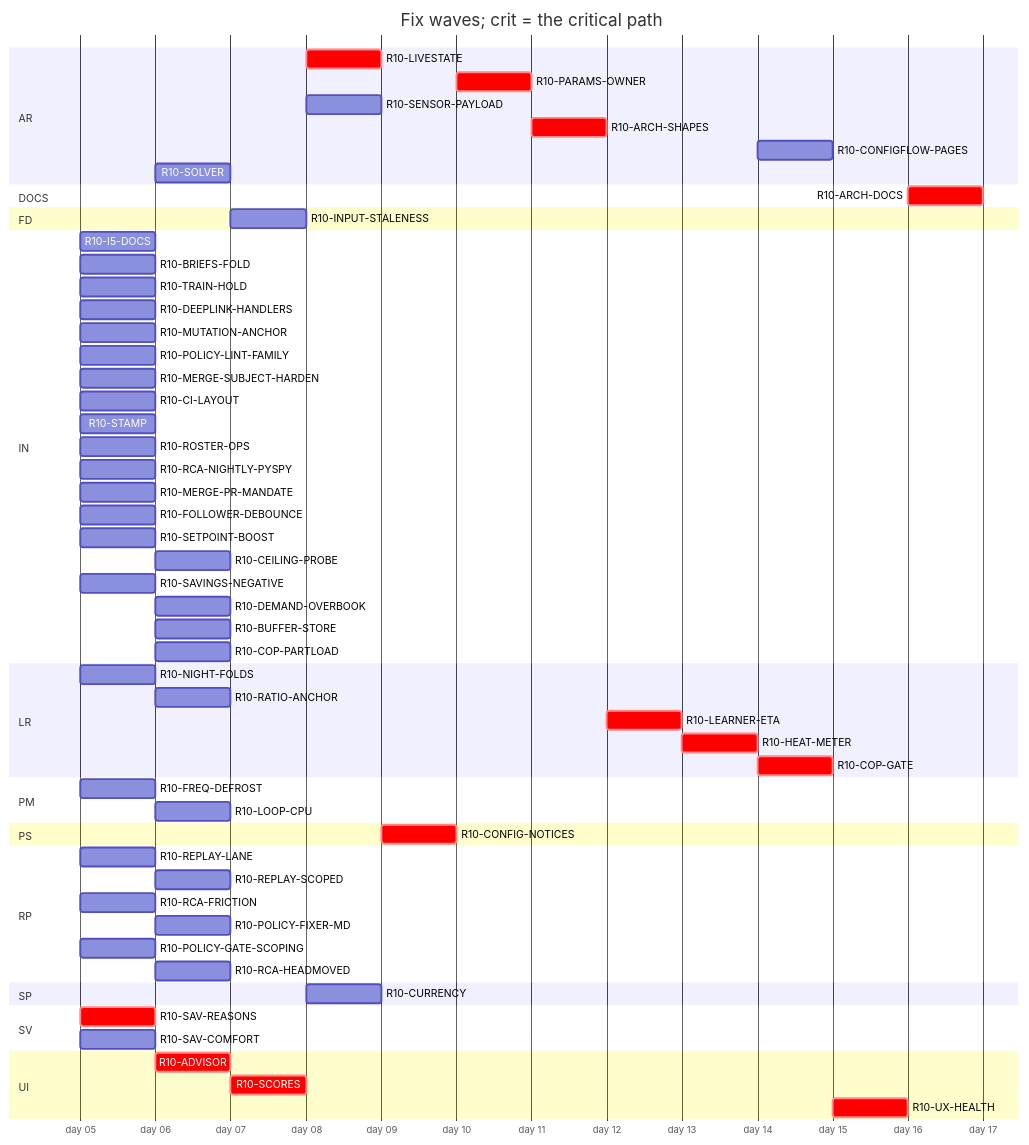
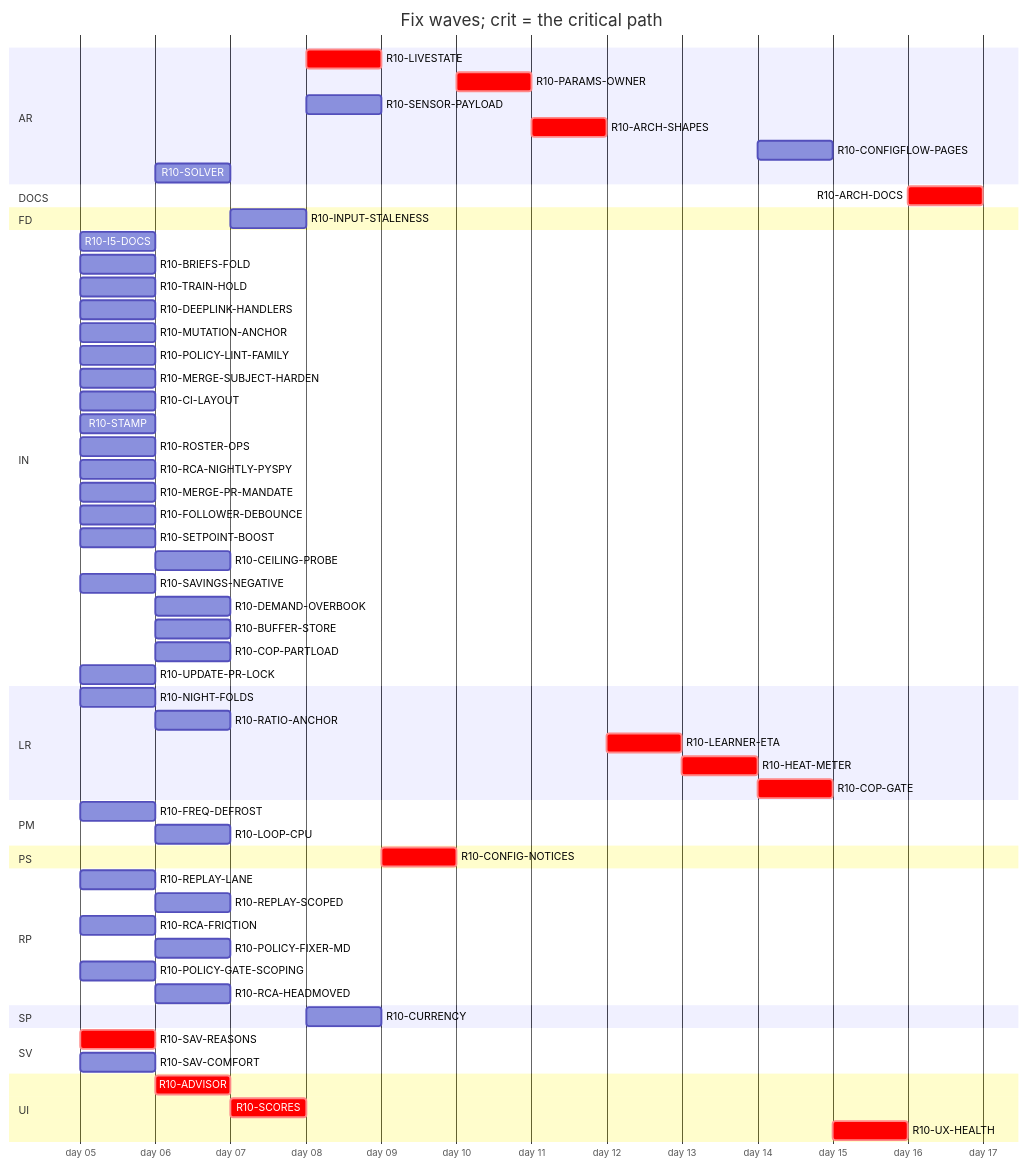
One commit to tvofi/heatpump_optimizer changed the diagram in handoff/round10/state/PLAN-TABLE.md. Above: the diagram before and after it, drawn with Mermaid. The commit also changed other lines of this file and 2 other files, not shown here.

````diff
--- a/handoff/round10/state/PLAN-TABLE.md
+++ b/handoff/round10/state/PLAN-TABLE.md
@@ -24,64 +24,65 @@
 ```mermaid
 gantt
   title Fix waves; crit = the critical path
   dateFormat YYYY-MM-DD
   axisFormat day %d
   section AR
     R10-LIVESTATE :crit, r10LIVESTATE, after r10SCORES, 1d
     R10-PARAMS-OWNER :crit, r10PARAMSOWNER, after r10CONFIGNOTICES, 1d
     R10-SENSOR-PAYLOAD :r10SENSORPAYLOAD, after r10SCORES, 1d
     R10-ARCH-SHAPES :crit, r10ARCHSHAPES, after r10PARAMSOWNER r10SENSORPAYLOAD r10FREQDEFROST, 1d
     R10-CONFIGFLOW-PAGES :r10CONFIGFLOWPAGES, after r10HEATMETER, 1d
     R10-SOLVER :r10SOLVER, after r10SAVREASONS, 1d
   section DOCS
     R10-ARCH-DOCS :crit, r10ARCHDOCS, after r10NIGHTFOLDS r10RATIOANCHOR r10INPUTSTALENESS r10CURRENCY r10FREQDEFROST r10LOOPCPU r10SAVREASONS r10ADVISOR r10SCORES r10LIVESTATE r10CONFIGNOTICES r10PARAMSOWNER r10SENSORPAYLOAD r10ARCHSHAPES r10LEARNERETA r10HEATMETER r10COPGATE r10UXHEALTH r10CONFIGFLOWPAGES r10SOLVER r10I5DOCS r10BRIEFSFOLD r10REPLAYLANE r10REPLAYSCOPED r10TRAINHOLD r10DEEPLINKHANDLERS, 1d
   section FD
     R10-INPUT-STALENESS :r10INPUTSTALENESS, after r10RATIOANCHOR, 1d
   section IN
     R10-I5-DOCS :r10I5DOCS, 2026-01-05, 1d
     R10-BRIEFS-FOLD :r10BRIEFSFOLD, 2026-01-05, 1d
     R10-TRAIN-HOLD :r10TRAINHOLD, 2026-01-05, 1d
     R10-DEEPLINK-HANDLERS :r10DEEPLINKHANDLERS, 2026-01-05, 1d
     R10-MUTATION-ANCHOR :r10MUTATIONANCHOR, 2026-01-05, 1d
     R10-POLICY-LINT-FAMILY :r10POLICYLINTFAMILY, 2026-01-05, 1d
     R10-MERGE-SUBJECT-HARDEN :r10MERGESUBJECTHARDEN, 2026-01-05, 1d
     R10-CI-LAYOUT :r10CILAYOUT, 2026-01-05, 1d
     R10-STAMP :r10STAMP, 2026-01-05, 1d
     R10-ROSTER-OPS :r10ROSTEROPS, 2026-01-05, 1d
     R10-RCA-NIGHTLY-PYSPY :r10RCANIGHTLYPYSPY, 2026-01-05, 1d
     R10-MERGE-PR-MANDATE :r10MERGEPRMANDATE, 2026-01-05, 1d
     R10-FOLLOWER-DEBOUNCE :r10FOLLOWERDEBOUNCE, 2026-01-05, 1d
     R10-SETPOINT-BOOST :r10SETPOINTBOOST, 2026-01-05, 1d
     R10-CEILING-PROBE :r10CEILINGPROBE, after r10SETPOINTBOOST r10CILAYOUT r10NIGHTFOLDS, 1d
     R10-SAVINGS-NEGATIVE :r10SAVINGSNEGATIVE, 2026-01-05, 1d
     R10-DEMAND-OVERBOOK :r10DEMANDOVERBOOK, after r10SETPOINTBOOST, 1d
     R10-BUFFER-STORE :r10BUFFERSTORE, after r10SETPOINTBOOST, 1d
     R10-COP-PARTLOAD :r10COPPARTLOAD, after r10SETPOINTBOOST, 1d
+    R10-UPDATE-PR-LOCK :r10UPDATEPRLOCK, 2026-01-05, 1d
   section LR
     R10-NIGHT-FOLDS :r10NIGHTFOLDS, 2026-01-05, 1d
     R10-RATIO-ANCHOR :r10RATIOANCHOR, after r10NIGHTFOLDS, 1d
     R10-LEARNER-ETA :crit, r10LEARNERETA, after r10ARCHSHAPES, 1d
     R10-HEAT-METER :crit, r10HEATMETER, after r10LEARNERETA r10INPUTSTALENESS r10RATIOANCHOR, 1d
     R10-COP-GATE :crit, r10COPGATE, after r10HEATMETER r10SENSORPAYLOAD, 1d
   section PM
     R10-FREQ-DEFROST :r10FREQDEFROST, 2026-01-05, 1d
     R10-LOOP-CPU :r10LOOPCPU, after r10FREQDEFROST, 1d
   section PS
     R10-CONFIG-NOTICES :crit, r10CONFIGNOTICES, after r10LIVESTATE, 1d
   section RP
     R10-REPLAY-LANE :r10REPLAYLANE, 2026-01-05, 1d
     R10-REPLAY-SCOPED :r10REPLAYSCOPED, after r10REPLAYLANE r10TRAINHOLD, 1d
     R10-RCA-FRICTION :r10RCAFRICTION, 2026-01-05, 1d
     R10-POLICY-FIXER-MD :r10POLICYFIXERMD, after r10RCAFRICTION r10BRIEFSFOLD, 1d
     R10-POLICY-GATE-SCOPING :r10POLICYGATESCOPING, 2026-01-05, 1d
     R10-RCA-HEADMOVED :r10RCAHEADMOVED, after r10RCAFRICTION, 1d
   section SP
     R10-CURRENCY :r10CURRENCY, after r10INPUTSTALENESS, 1d
   section SV
     R10-SAV-REASONS :crit, r10SAVREASONS, 2026-01-05, 1d
     R10-SAV-COMFORT :r10SAVCOMFORT, 2026-01-05, 1d
   section UI
     R10-ADVISOR :crit, r10ADVISOR, after r10SAVREASONS, 1d
     R10-SCORES :crit, r10SCORES, after r10ADVISOR, 1d
     R10-UX-HEALTH :crit, r10UXHEALTH, after r10SCORES r10COPGATE r10HEATMETER, 1d
 ```
````
